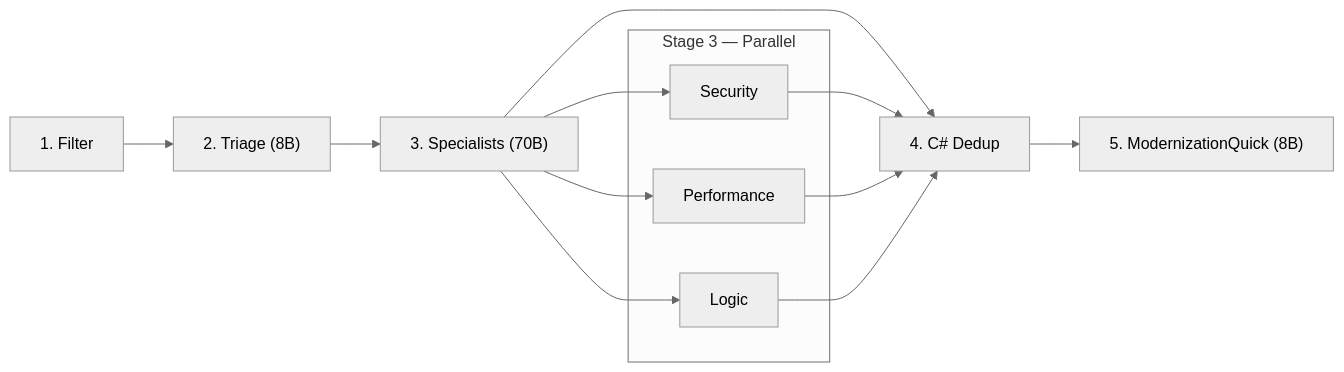
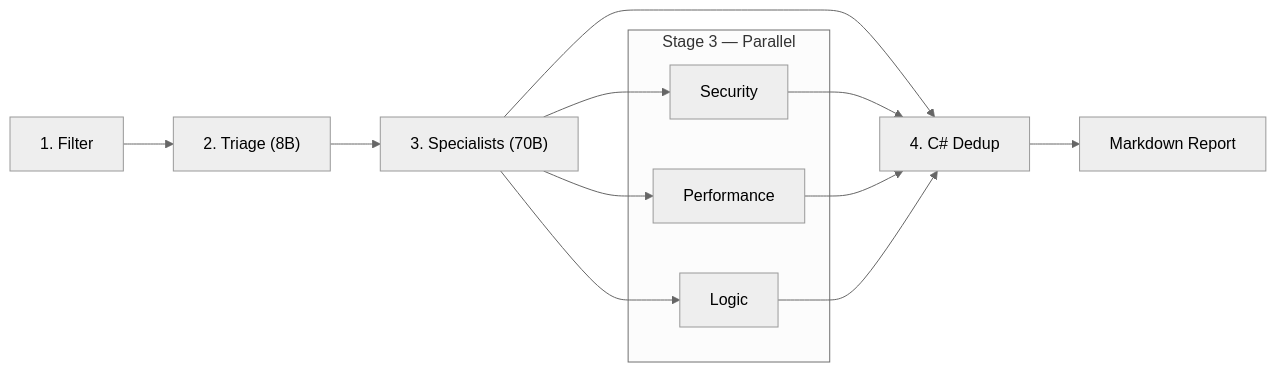
One commit to bhavyananda17/multi_agent_code_review_mcpserver changed the second of 6 diagrams in README.md. Above: the diagram before and after it, drawn with Mermaid (neutral theme). The commit also changed other lines of this file and 5 other files, not shown here.

````diff
--- a/README.md
+++ b/README.md
@@ -109,20 +108,20 @@
 ```mermaid
 graph LR
     A["1. Filter"] --> B["2. Triage (8B)"]
     B --> C["3. Specialists (70B)"]
     C --> D["4. C# Dedup"]
-    D --> E["5. ModernizationQuick (8B)"]
+    D --> Report["Markdown Report"]
 
     subgraph "Stage 3 — Parallel"
         C1[Security]
         C2[Performance]
         C3[Logic]
     end
 
     C --> C1
     C --> C2
     C --> C3
     C1 --> D
     C2 --> D
     C3 --> D
 ```
````
